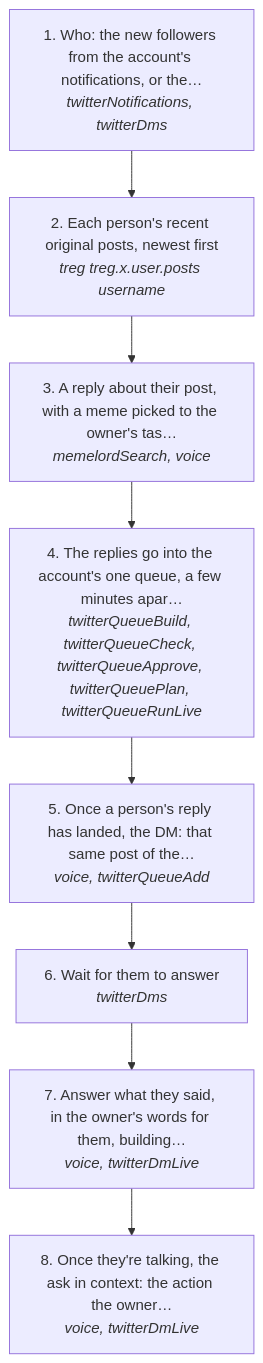
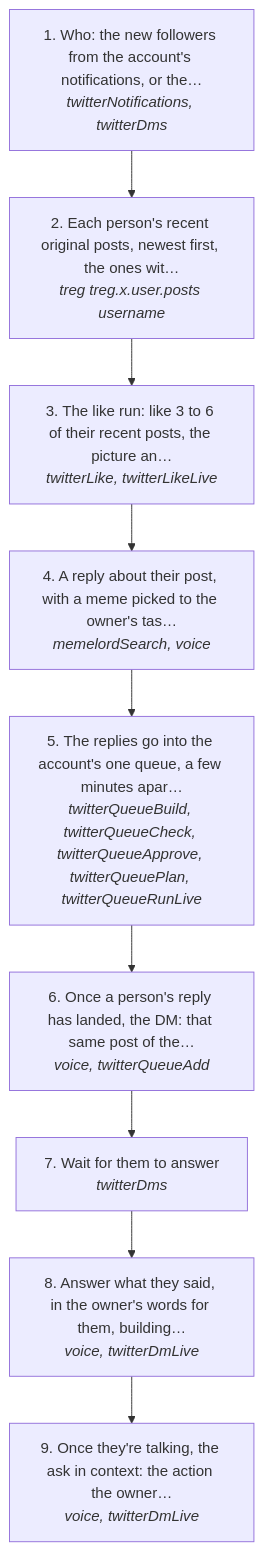
Before and after one commit to matthewdonsemail-lab/log: the first of 2 diagrams in docs/useCases/twitter/replyGuyFunnel.md, drawn with Mermaid. The commit also changed other lines of this file and 6 other files, not shown here.

Commit message:
docs: the reply guy play starts with a like run, media posts first at random gaps of seconds; its state machine outlined

````diff
--- a/docs/useCases/twitter/replyGuyFunnel.md
+++ b/docs/useCases/twitter/replyGuyFunnel.md
@@ -16,18 +16,20 @@
 ```mermaid
 flowchart TD
   s0["1. Who: the new followers from the account's notifications, or the…<br/><i>twitterNotifications, twitterDms</i>"]
-  s1["2. Each person's recent original posts, newest first<br/><i>treg treg.x.user.posts username</i>"]
-  s2["3. A reply about their post, with a meme picked to the owner's tas…<br/><i>memelordSearch, voice</i>"]
-  s3["4. The replies go into the account's one queue, a few minutes apar…<br/><i>twitterQueueBuild, twitterQueueCheck, twitterQueueApprove, twitterQueuePlan, twitterQueueRunLive</i>"]
-  s4["5. Once a person's reply has landed, the DM: that same post of the…<br/><i>voice, twitterQueueAdd</i>"]
-  s5["6. Wait for them to answer<br/><i>twitterDms</i>"]
-  s6["7. Answer what they said, in the owner's words for them, building…<br/><i>voice, twitterDmLive</i>"]
-  s7["8. Once they're talking, the ask in context: the action the owner…<br/><i>voice, twitterDmLive</i>"]
+  s1["2. Each person's recent original posts, newest first, the ones wit…<br/><i>treg treg.x.user.posts username</i>"]
+  s2["3. The like run: like 3 to 6 of their recent posts, the picture an…<br/><i>twitterLike, twitterLikeLive</i>"]
+  s3["4. A reply about their post, with a meme picked to the owner's tas…<br/><i>memelordSearch, voice</i>"]
+  s4["5. The replies go into the account's one queue, a few minutes apar…<br/><i>twitterQueueBuild, twitterQueueCheck, twitterQueueApprove, twitterQueuePlan, twitterQueueRunLive</i>"]
+  s5["6. Once a person's reply has landed, the DM: that same post of the…<br/><i>voice, twitterQueueAdd</i>"]
+  s6["7. Wait for them to answer<br/><i>twitterDms</i>"]
+  s7["8. Answer what they said, in the owner's words for them, building…<br/><i>voice, twitterDmLive</i>"]
+  s8["9. Once they're talking, the ask in context: the action the owner…<br/><i>voice, twitterDmLive</i>"]
   s0 --> s1
   s1 --> s2
   s2 --> s3
   s3 --> s4
   s4 --> s5
   s5 --> s6
   s6 --> s7
+  s7 --> s8
 ```
````
